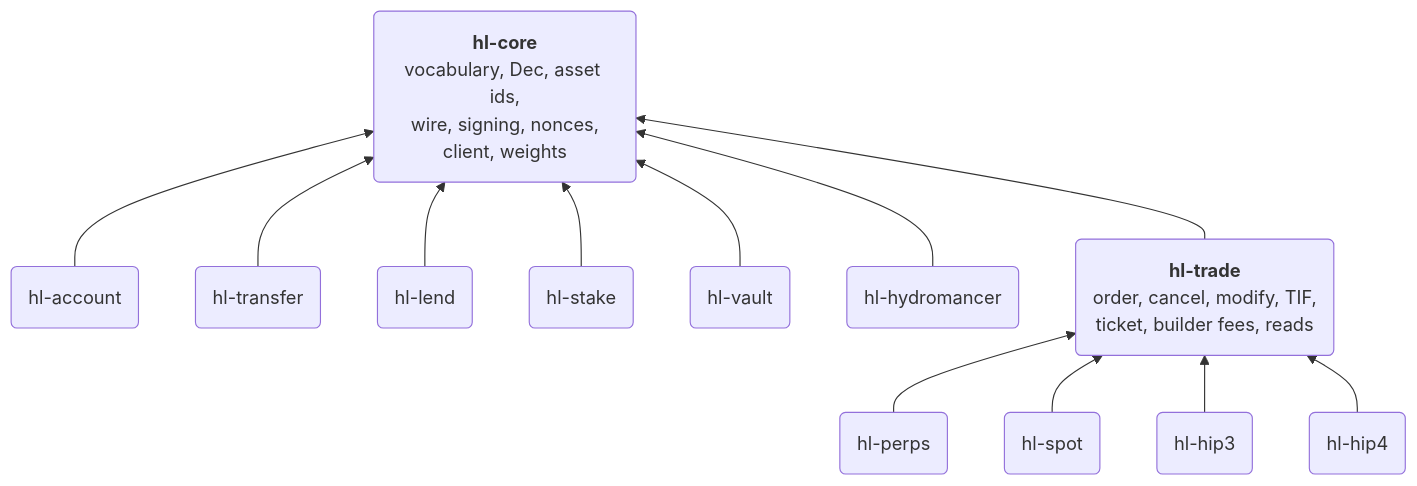
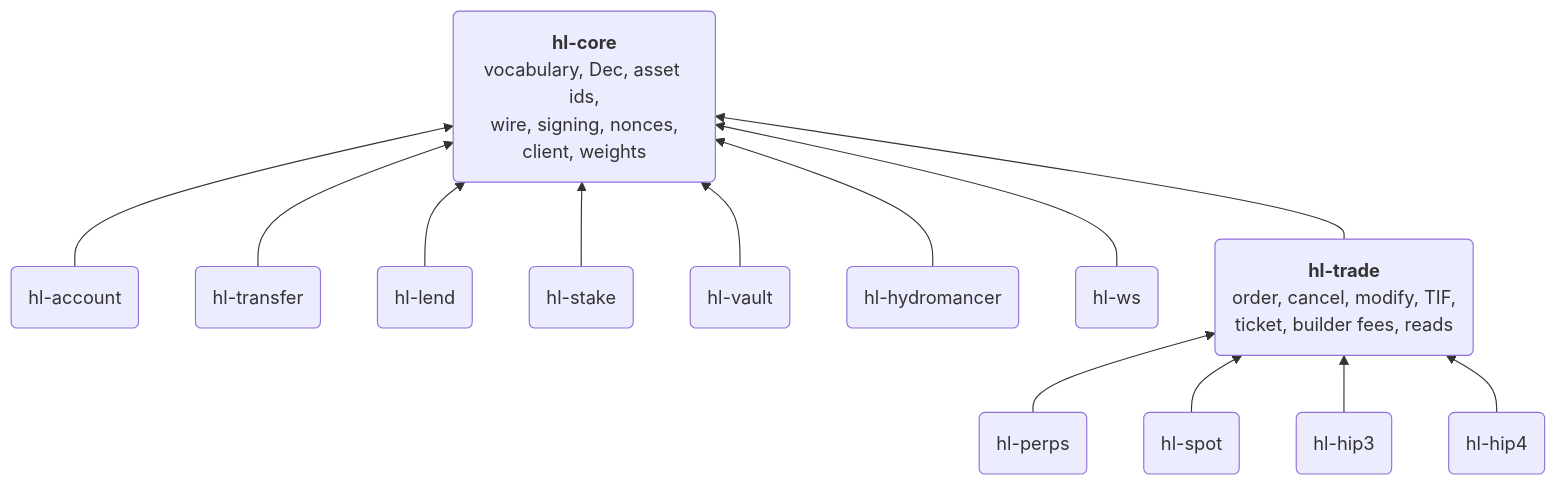
Before and after one commit to dennisfurrer/df-hyperliquid-core: the diagram in README.md, drawn with Mermaid. The commit also changed other lines of this file and 20 other files, not shown here.

````diff
--- a/README.md
+++ b/README.md
@@ -5,18 +5,19 @@
 ```mermaid
 flowchart BT
   CORE("<b>hl-core</b><br/>vocabulary, Dec, asset ids,<br/>wire, signing, nonces,<br/>client, weights")
   TRADE("<b>hl-trade</b><br/>order, cancel, modify, TIF,<br/>ticket, builder fees, reads")
 
   ACCOUNT("hl-account") --> CORE
   TRANSFER("hl-transfer") --> CORE
   LEND("hl-lend") --> CORE
   STAKE("hl-stake") --> CORE
   VAULT("hl-vault") --> CORE
   HYDRO("hl-hydromancer") --> CORE
+  WS("hl-ws") --> CORE
   TRADE --> CORE
 
   PERPS("hl-perps") --> TRADE
   SPOT("hl-spot") --> TRADE
   HIP3("hl-hip3") --> TRADE
   HIP4("hl-hip4") --> TRADE
 ```
````
